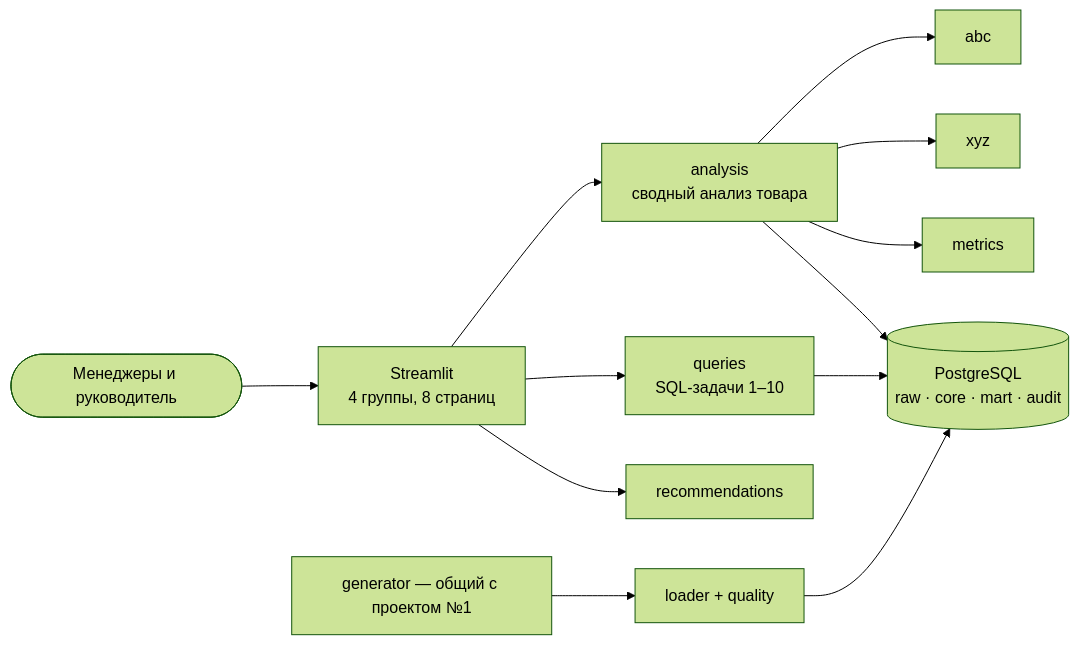
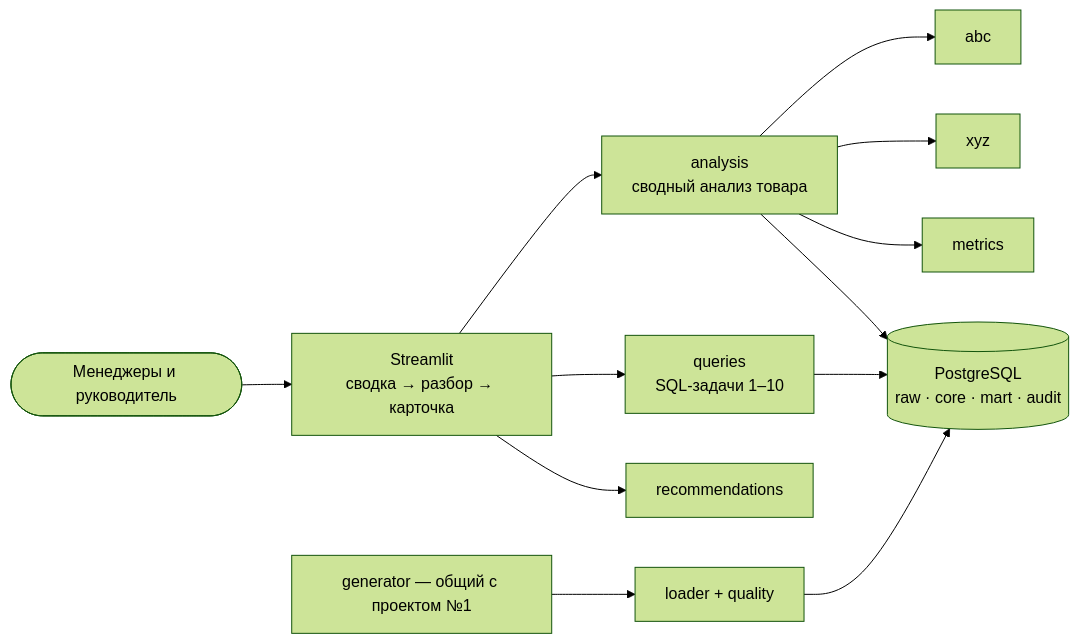
Before and after one commit to lubancho/assortment-writeoff-analytics: the diagram in README.md, drawn with Mermaid (forest theme). The commit also changed other lines of this file and 33 other files, not shown here.

First line of the commit message:
Интерфейс «путь вглубь»: сводка → разбор → карточка

````diff
--- a/README.md
+++ b/README.md
@@ -50,10 +50,10 @@
 ```mermaid
 flowchart LR
-    U([Менеджеры и руководитель]) --> UI[Streamlit<br/>4 группы, 8 страниц]
+    U([Менеджеры и руководитель]) --> UI[Streamlit<br/>сводка → разбор → карточка]
     UI --> AN[analysis<br/>сводный анализ товара]
     UI --> Q[queries<br/>SQL-задачи 1–10]
     AN --> ABC[abc] & XYZ[xyz] & M[metrics]
     UI --> R[recommendations]
     AN & Q --> DB[(PostgreSQL<br/>raw · core · mart · audit)]
     G[generator — общий с проектом №1] --> L[loader + quality] --> DB
 ```
````
